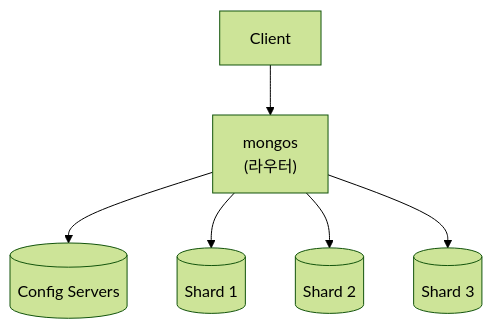
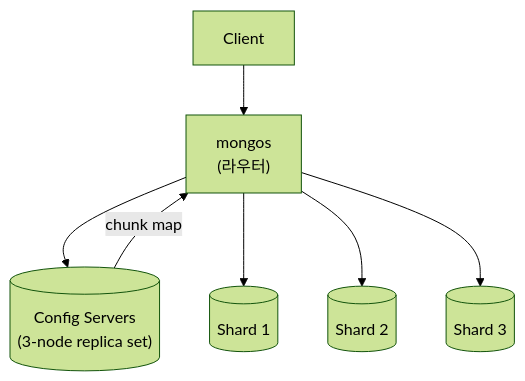
One commit to shinkeonkim/shinkeonkim.github.io changed the fifth of 6 diagrams in src/content/wiki/database-internals/mongodb.mdx. Above: the diagram before and after it, drawn with Mermaid (forest theme). The commit also changed other lines of this file and 526 other files, not shown here.

First line of the commit message:
content(wiki): 전수조사 및 대규모 보강 (짧은 파일 0, mermaid +645)

````diff
--- a/src/content/wiki/database-internals/mongodb.mdx
+++ b/src/content/wiki/database-internals/mongodb.mdx
@@ -78,8 +171,9 @@
 ```mermaid
 flowchart TB
     Client --> Mongos["mongos<br/>(라우터)"]
-    Mongos --> Config[(Config Servers)]
-    Mongos --> Shard1[(Shard 1)]
-    Mongos --> Shard2[(Shard 2)]
-    Mongos --> Shard3[(Shard 3)]
+    Mongos --> Config[("Config Servers<br/>(3-node replica set)")]
+    Mongos --> Shard1[("Shard 1")]
+    Mongos --> Shard2[("Shard 2")]
+    Mongos --> Shard3[("Shard 3")]
+    Config -->|chunk map| Mongos
 ```
````
